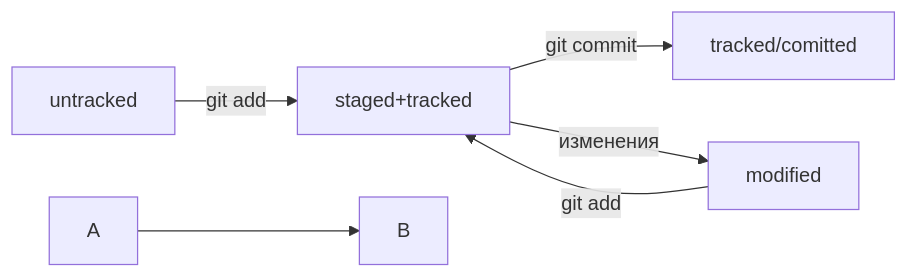
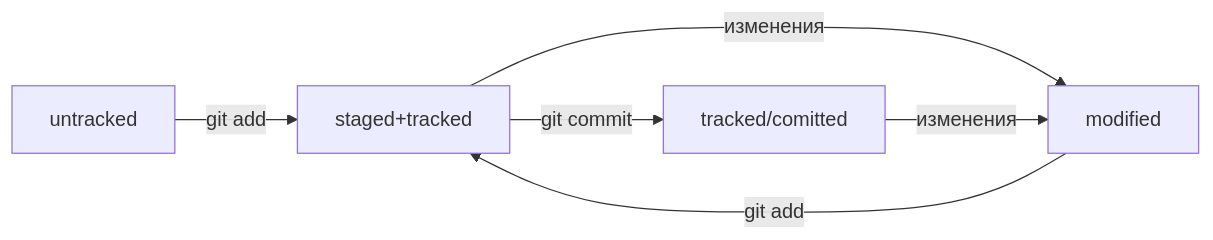
One commit to SergeyVolko/git-status-lesson changed the diagram in README.md. Above: the diagram before and after it, drawn with Mermaid.

Commit message:
Работа с диаграммой №11

````diff
--- a/README.md
+++ b/README.md
@@ -23,10 +23,8 @@
 ```mermaid
 graph LR;
   untracked -- "git add" --> staged+tracked;
   staged+tracked    -- git commit     --> tracked/comitted;
   modified -- "git add" --> staged+tracked;
   staged+tracked -- "изменения" --> modified;
-
-%% стрелка без текста для примера: 
-  A --> B;
+  tracked/comitted -- "изменения" --> modified;
 ``` 
````
